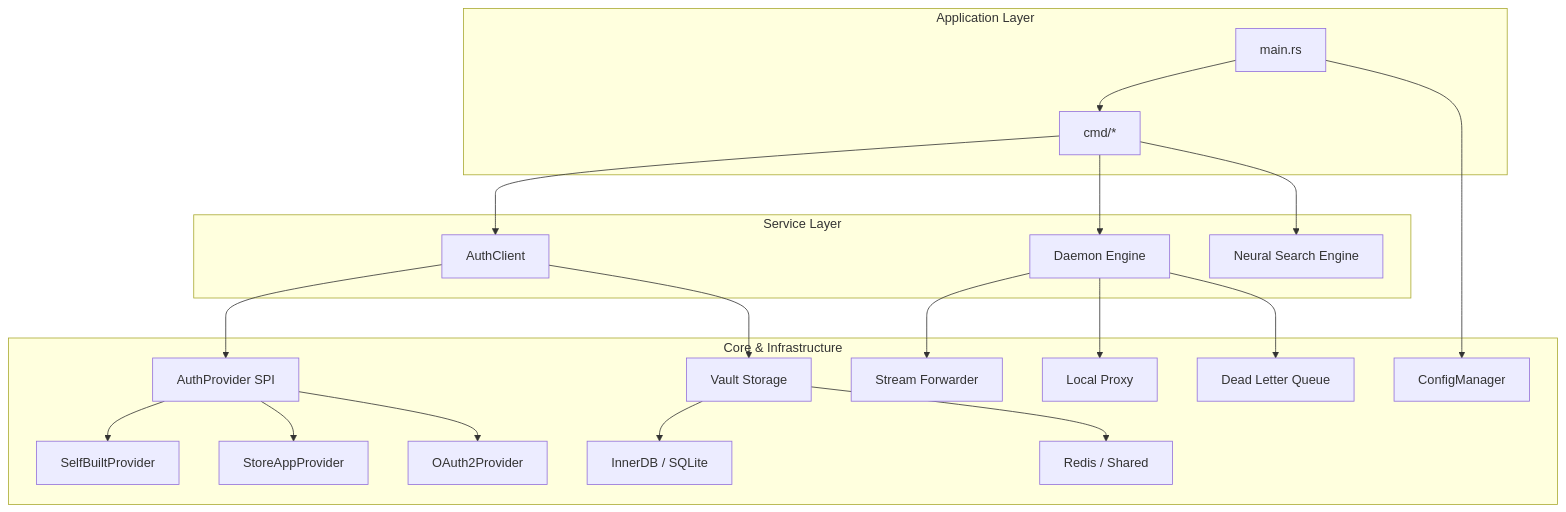
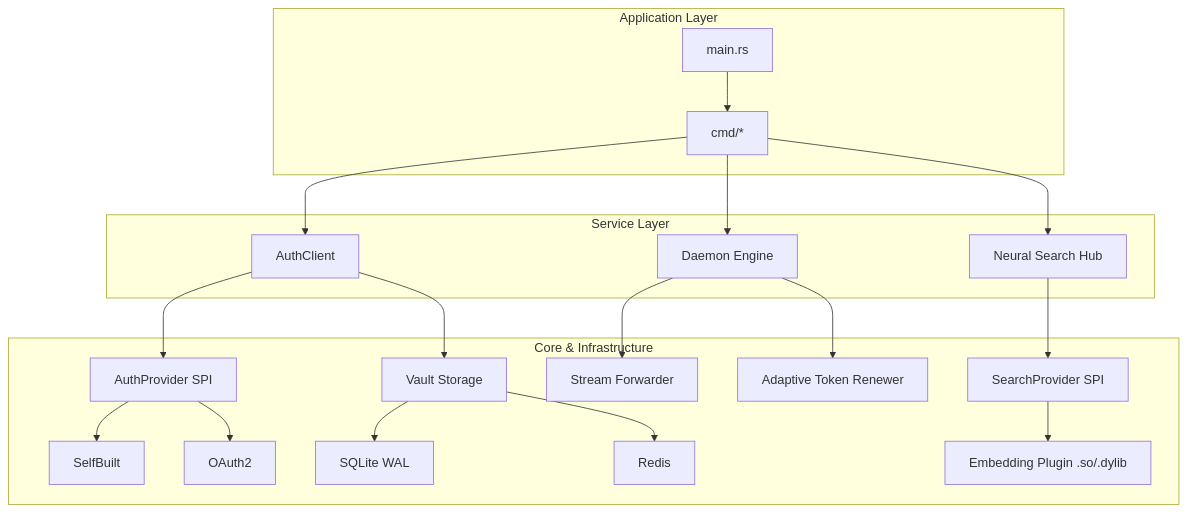
Before and after one commit to Chanjet/chanjet-openplatform-stream-java: the diagram in cli/cowen/docs/ARCHITECTURE.md, drawn with Mermaid. The commit also changed other lines of this file and 17 other files, not shown here.

````diff
--- a/cli/cowen/docs/ARCHITECTURE.md
+++ b/cli/cowen/docs/ARCHITECTURE.md
@@ -13,29 +13,28 @@
 ```mermaid
 graph TD
     subgraph "Application Layer"
         Main[main.rs] --> Cmd[cmd/*]
     end
 
     subgraph "Service Layer"
         Cmd --> AuthCli[AuthClient]
         Cmd --> Daemon[Daemon Engine]
-        Cmd --> Search[Neural Search Engine]
+        Cmd --> Search[Neural Search Hub]
     end
 
     subgraph "Core & Infrastructure"
-        AuthCli --> SPI[AuthProvider SPI]
-        SPI --> SelfBuilt[SelfBuiltProvider]
-        SPI --> StoreApp[StoreAppProvider]
-        SPI --> OAuth2[OAuth2Provider]
+        AuthCli --> AuthSPI[AuthProvider SPI]
+        AuthSPI --> SelfBuilt[SelfBuilt]
+        AuthSPI --> OAuth2[OAuth2]
+        
+        Search --> SearchSPI[SearchProvider SPI]
+        SearchSPI --> EmbedPlugin[Embedding Plugin .so/.dylib]
         
         AuthCli --> Vault[Vault Storage]
-        Vault --> InnerDB[InnerDB / SQLite]
-        Vault --> Redis[Redis / Shared]
+        Vault --> InnerDB[SQLite WAL]
+        Vault --> Redis[Redis]
         
         Daemon --> Forwarder[Stream Forwarder]
-        Daemon --> Proxy[Local Proxy]
-        Daemon --> DLQ[Dead Letter Queue]
-        
-        Main --> Config[ConfigManager]
+        Daemon --> Renewer[Adaptive Token Renewer]
     end
 ```
````
